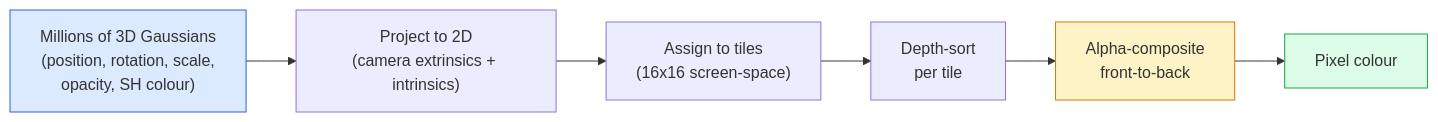
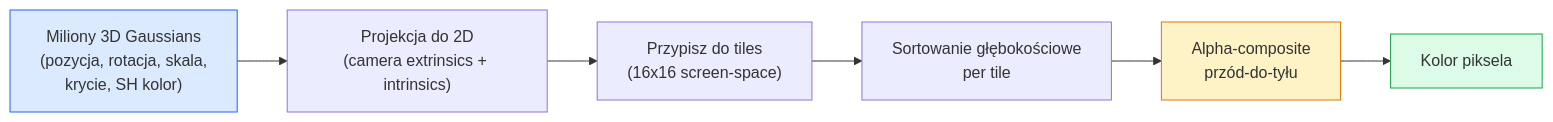
One commit to hublorx/ai-engineering-from-scratch changed the diagram in phases/04-computer-vision/22-3d-gaussian-splatting/docs/en.md. Above: the diagram before and after it, drawn with Mermaid. The commit also changed other lines of this file and 27 other files, not shown here.

````diff
--- a/phases/04-computer-vision/22-3d-gaussian-splatting/docs/en.md
+++ b/phases/04-computer-vision/22-3d-gaussian-splatting/docs/en.md
@@ -45,12 +45,12 @@
 ```mermaid
 flowchart LR
-    SCENE["Millions of 3D Gaussians<br/>(position, rotation, scale,<br/>opacity, SH colour)"] --> PROJ["Project to 2D<br/>(camera extrinsics + intrinsics)"]
-    PROJ --> TILES["Assign to tiles<br/>(16x16 screen-space)"]
-    TILES --> SORT["Depth-sort<br/>per tile"]
-    SORT --> ALPHA["Alpha-composite<br/>front-to-back"]
-    ALPHA --> PIX["Pixel colour"]
+    SCENE["Miliony 3D Gaussians<br/>(pozycja, rotacja, skala,<br/>krycie, SH kolor)"] --> PROJ["Projekcja do 2D<br/>(camera extrinsics + intrinsics)"]
+    PROJ --> TILES["Przypisz do tiles<br/>(16x16 screen-space)"]
+    TILES --> SORT["Sortowanie głębokościowe<br/>per tile"]
+    SORT --> ALPHA["Alpha-composite<br/>przód-do-tyłu"]
+    ALPHA --> PIX["Kolor piksela"]
 
     style SCENE fill:#dbeafe,stroke:#2563eb
     style ALPHA fill:#fef3c7,stroke:#d97706
     style PIX fill:#dcfce7,stroke:#16a34a
 ```
````
